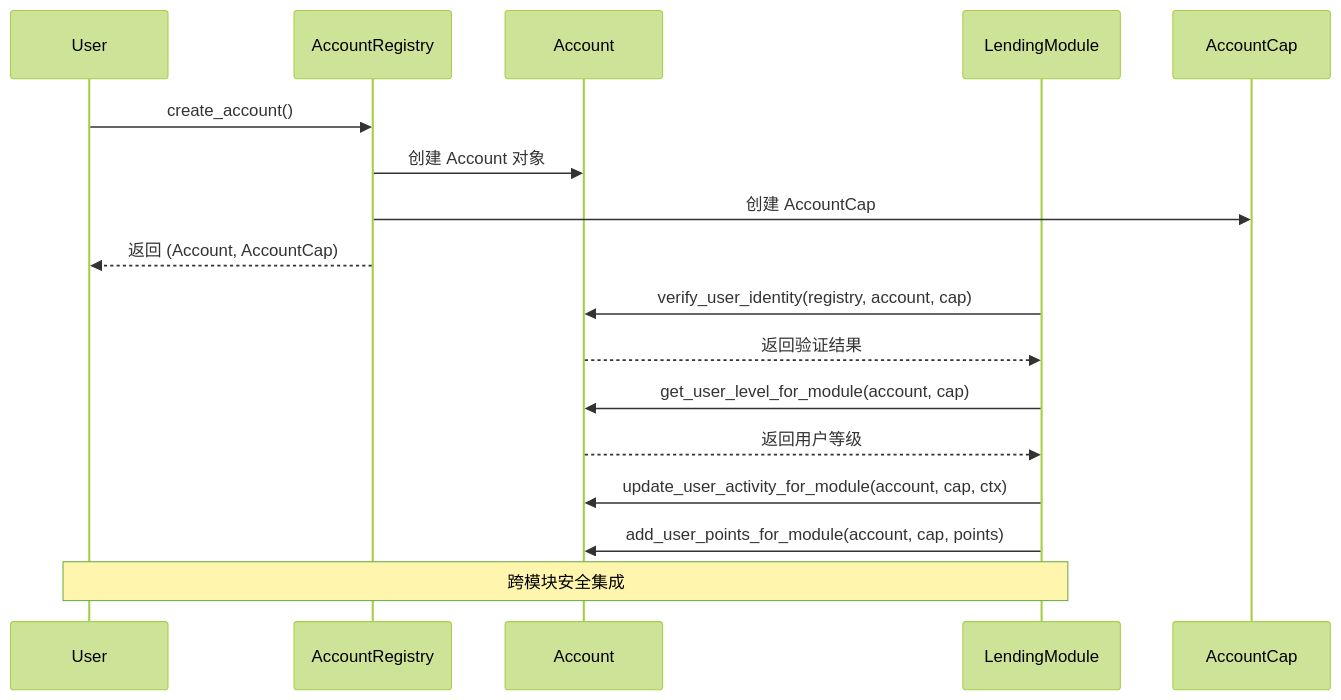
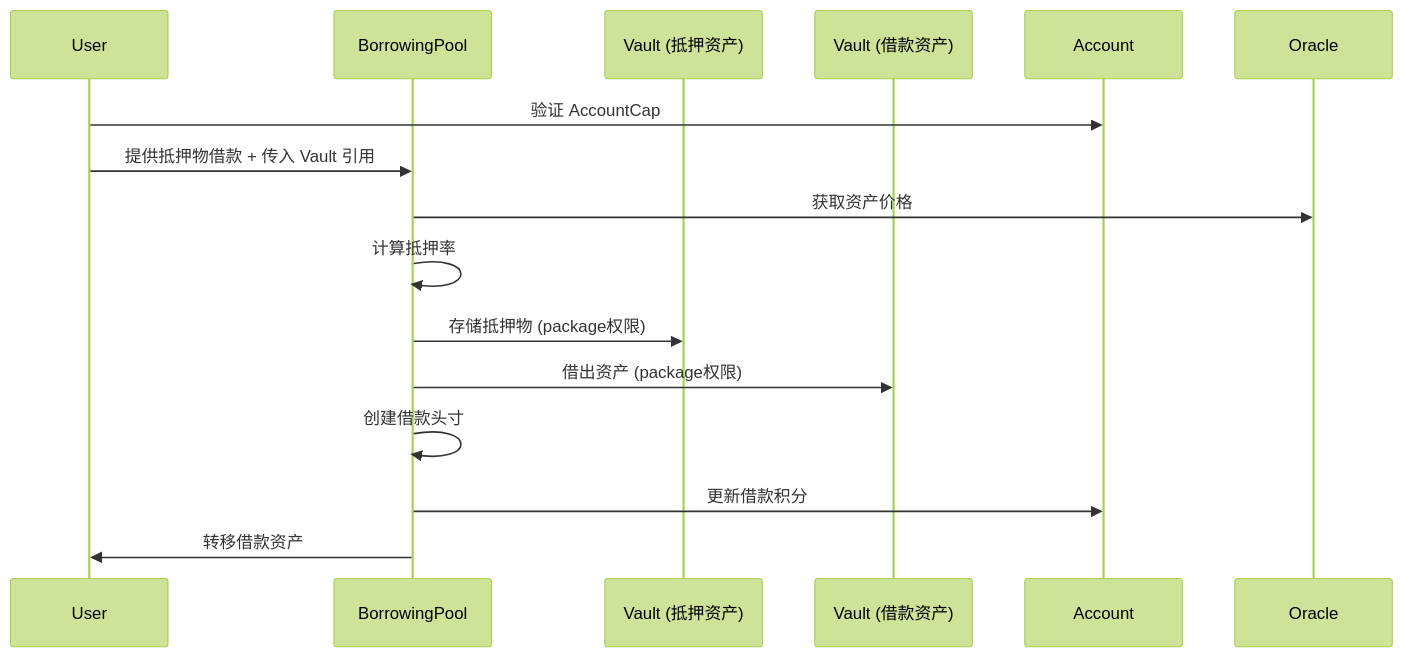
Before and after one commit to OlendLabs/sui-olend-smart-contracts: the third of 4 diagrams in .kiro/specs/olend-defi-platform/design.md, drawn with Mermaid (forest theme). The commit also changed other lines of this file and 2 other files, not shown here.

````diff
--- a/.kiro/specs/olend-defi-platform/design.md
+++ b/.kiro/specs/olend-defi-platform/design.md
@@ -382,23 +533,19 @@
 ```mermaid
 sequenceDiagram
     participant User
-    participant AccountRegistry
+    participant BorrowingPool
+    participant CollateralVault as Vault (抵押资产)
+    participant BorrowVault as Vault (借款资产)
     participant Account
-    participant LendingModule
-    
-    User->>AccountRegistry: create_account()
-    AccountRegistry->>Account: 创建 Account 对象
-    AccountRegistry->>AccountCap: 创建 AccountCap
-    AccountRegistry-->>User: 返回 (Account, AccountCap)
-    
-    LendingModule->>Account: verify_user_identity(registry, account, cap)
-    Account-->>LendingModule: 返回验证结果
-    
-    LendingModule->>Account: get_user_level_for_module(account, cap)
-    Account-->>LendingModule: 返回用户等级
-    
-    LendingModule->>Account: update_user_activity_for_module(account, cap, ctx)
-    LendingModule->>Account: add_user_points_for_module(account, cap, points)
-    
-    Note over User,LendingModule: 跨模块安全集成
+    participant Oracle
+
+    User->>Account: 验证 AccountCap
+    User->>BorrowingPool: 提供抵押物借款 + 传入 Vault 引用
+    BorrowingPool->>Oracle: 获取资产价格
+    BorrowingPool->>BorrowingPool: 计算抵押率
+    BorrowingPool->>CollateralVault: 存储抵押物 (package权限)
+    BorrowingPool->>BorrowVault: 借出资产 (package权限)
+    BorrowingPool->>BorrowingPool: 创建借款头寸
+    BorrowingPool->>Account: 更新借款积分
+    BorrowingPool->>User: 转移借款资产
 ```
````
